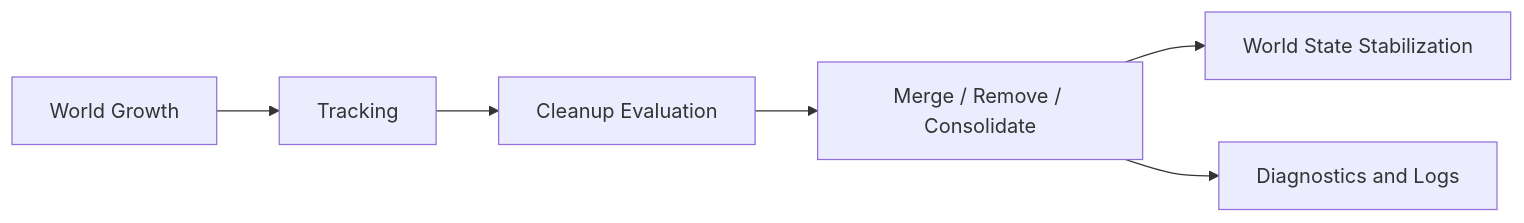
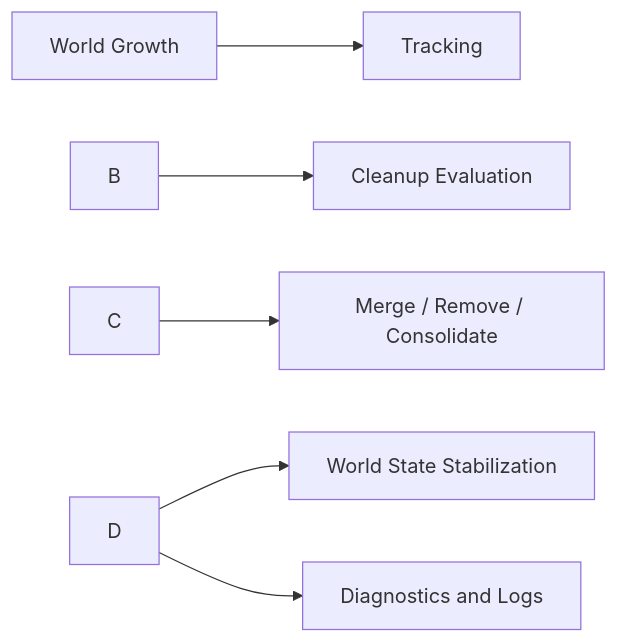
One commit to MrNghtoveng/bannerlord-BanditMilitias-WARLORD-mod changed the fifth of 5 diagrams in src/BanditMilitias/Documentation/SystemFlowTree.md. Above: the diagram before and after it, drawn with Mermaid. The commit also changed other lines of this file and 44 other files, not shown here.

````diff
--- a/src/BanditMilitias/Documentation/SystemFlowTree.md
+++ b/src/BanditMilitias/Documentation/SystemFlowTree.md
@@ -71,8 +95,8 @@
 ```mermaid
 graph LR
-    A[World Growth] --> B[Tracking]
-    B --> C[Cleanup Evaluation]
-    C --> D[Merge / Remove / Consolidate]
-    D --> E[World State Stabilization]
-    D --> F[Diagnostics and Logs]
+    A\[World Growth] --> B\[Tracking]
+    B --> C\[Cleanup Evaluation]
+    C --> D\[Merge / Remove / Consolidate]
+    D --> E\[World State Stabilization]
+    D --> F\[Diagnostics and Logs]
 ```
````
